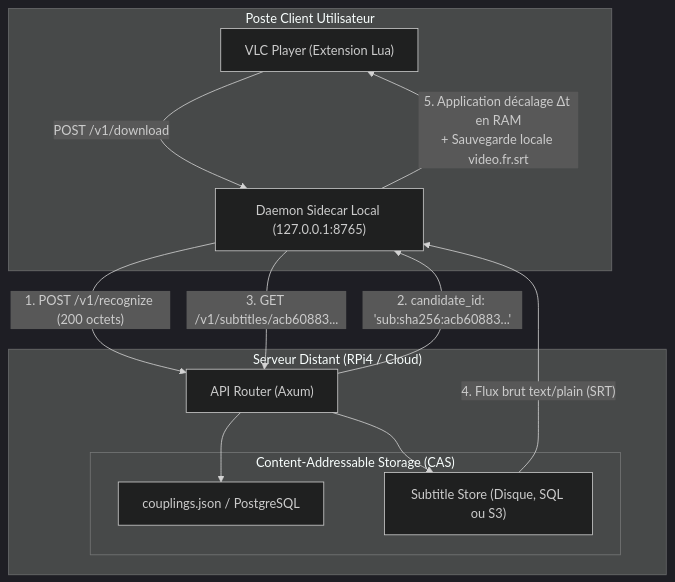
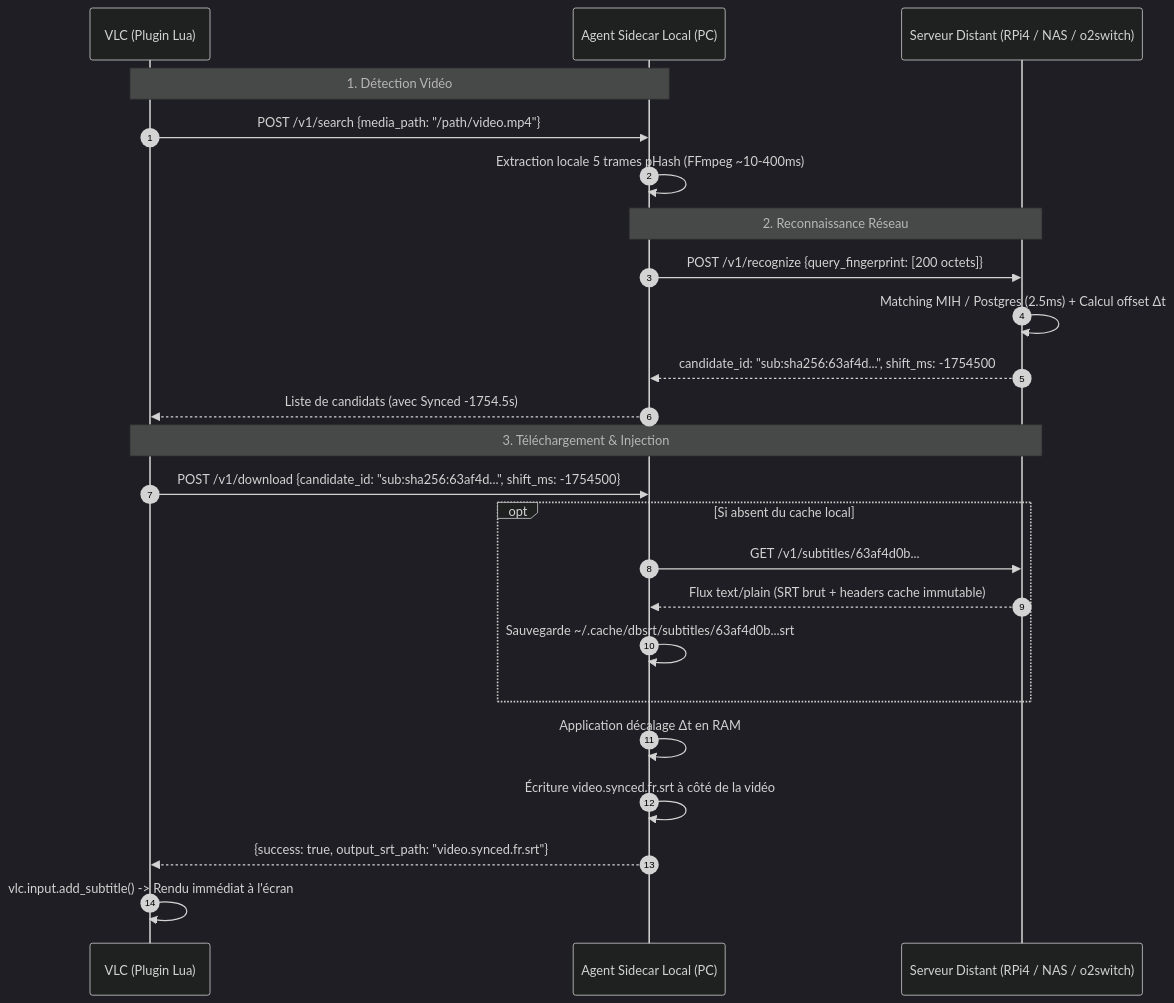
One commit to yoyonel/pydbsrt changed the first of 2 diagrams in docs/2026-10-20-architecture-subtitle-service-cas-et-comparatif-rest-grpc.md. Above: the diagram before and after it, drawn with Mermaid (dark theme). The commit also changed other lines of this file and 4 other files, not shown here.

First line of the commit message:
docs: document CAS architecture, RPi4 live validation, chaos testing and client tutorial

````diff
--- a/docs/2026-10-20-architecture-subtitle-service-cas-et-comparatif-rest-grpc.md
+++ b/docs/2026-10-20-architecture-subtitle-service-cas-et-comparatif-rest-grpc.md
@@ -49,26 +49,29 @@
 ```mermaid
-flowchart TD
-    subgraph Client ["Poste Client Utilisateur"]
-        VLC["VLC Player (Extension Lua)"]
-        AGENT["Daemon Sidecar Local (127.0.0.1:8765)"]
-        VLC -->|POST /v1/download| AGENT
+sequenceDiagram
+    autonumber
+    participant VLC as VLC (Plugin Lua)
+    participant Agent as Agent Sidecar Local (PC)
+    participant Remote as Serveur Distant (RPi4 / NAS / o2switch)
+
+    Note over VLC,Agent: 1. Détection Vidéo
+    VLC->>Agent: POST /v1/search {media_path: "/path/video.mp4"}
+    Agent->>Agent: Extraction locale 5 trames pHash (FFmpeg ~10-400ms)
+
+    Note over Agent,Remote: 2. Reconnaissance Réseau
+    Agent->>Remote: POST /v1/recognize {query_fingerprint: [200 octets]}
+    Remote->>Remote: Matching MIH / Postgres (2.5ms) + Calcul offset Δt
+    Remote-->>Agent: candidate_id: "sub:sha256:63af4d...", shift_ms: -1754500
+    Agent-->>VLC: Liste de candidats (avec Synced -1754.5s)
+
+    Note over VLC,Remote: 3. Téléchargement & Injection
+    VLC->>Agent: POST /v1/download {candidate_id: "sub:sha256:63af4d...", shift_ms: -1754500}
+    opt Si absent du cache local
+        Agent->>Remote: GET /v1/subtitles/63af4d0b...
+        Remote-->>Agent: Flux text/plain (SRT brut + headers cache immutable)
+        Agent->>Agent: Sauvegarde ~/.cache/dbsrt/subtitles/63af4d0b...srt
     end
-
-    subgraph Server ["Serveur Distant (RPi4 / Cloud)"]
-        ROUTER["API Router (Axum)"]
-
-        subgraph CAS ["Content-Addressable Storage (CAS)"]
-            REGISTRY["couplings.json / PostgreSQL"]
-            STORE["Subtitle Store (Disque, SQL ou S3)"]
-        end
-
-        ROUTER --> REGISTRY
-        ROUTER --> STORE
-    end
-
-    AGENT -->|"1. POST /v1/recognize (200 octets)"| ROUTER
-    ROUTER -->|"2. candidate_id: 'sub:sha256:acb60883...'"| AGENT
-    AGENT -->|"3. GET /v1/subtitles/acb60883..."| ROUTER
-    STORE -->|"4. Flux brut text/plain (SRT)"| AGENT
-    AGENT -->|"5. Application décalage Δt en RAM\n+ Sauvegarde locale video.fr.srt"| VLC
+    Agent->>Agent: Application décalage Δt en RAM
+    Agent->>Agent: Écriture video.synced.fr.srt à côté de la vidéo
+    Agent-->>VLC: {success: true, output_srt_path: "video.synced.fr.srt"}
+    VLC->>VLC: vlc.input.add_subtitle() -> Rendu immédiat à l'écran
 ```
````
